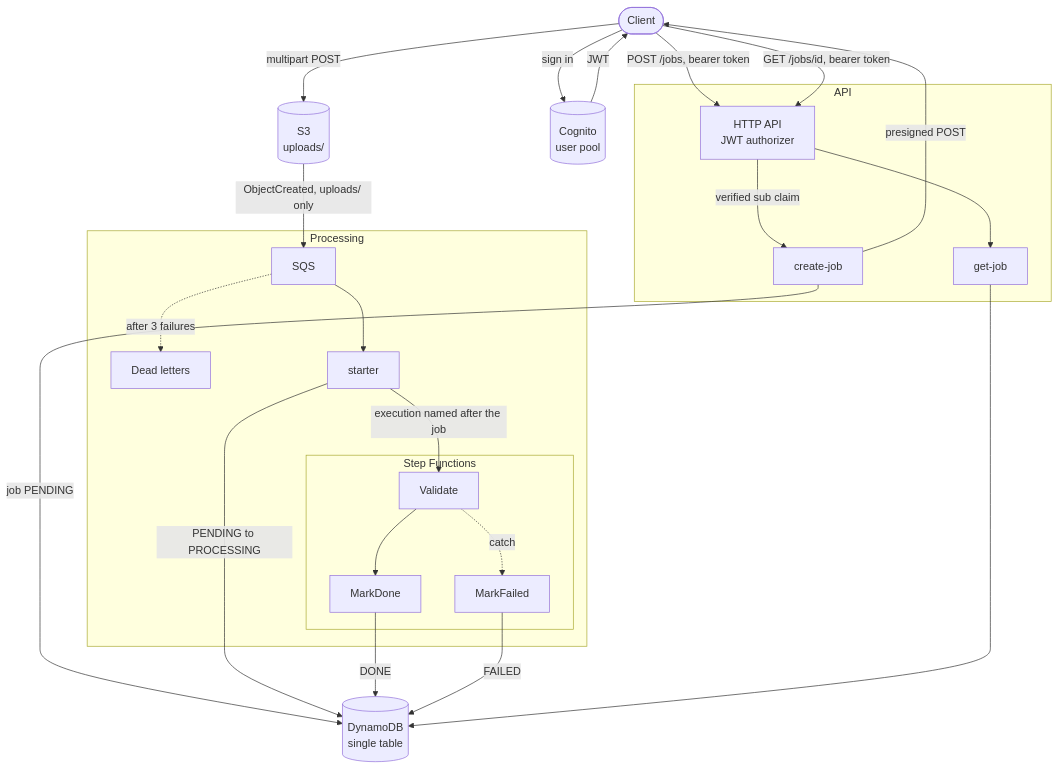
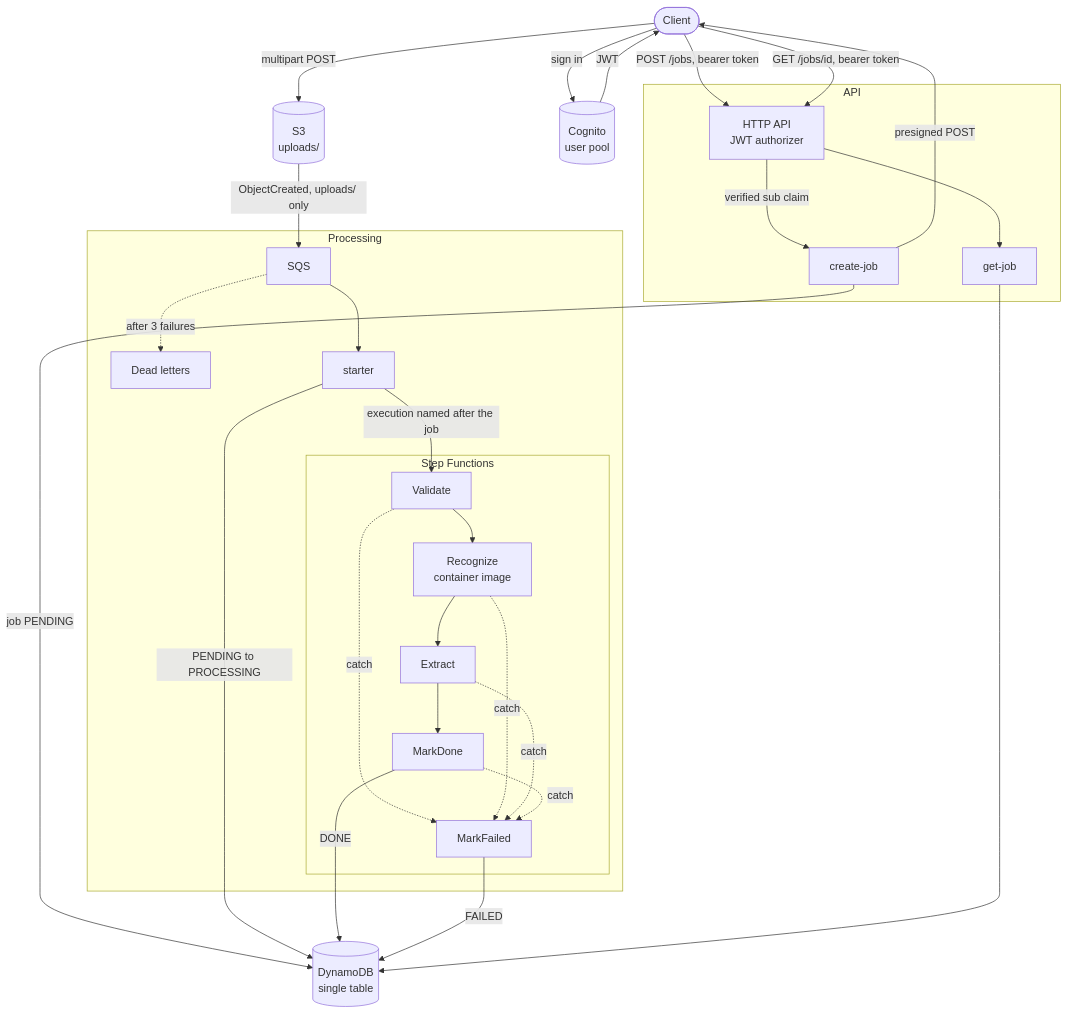
Before and after one commit to Vyzz1/doc-flow: the first of 2 diagrams in docs/architecture.md, drawn with Mermaid. The commit also changed other lines of this file and 9 other files, not shown here.

````diff
--- a/docs/architecture.md
+++ b/docs/architecture.md
@@ -29,47 +29,54 @@
 ```mermaid
 flowchart TD
     client(["Client"])
 
     subgraph api["API"]
         gateway["HTTP API<br/>JWT authorizer"]
         createJob["create-job"]
         getJob["get-job"]
     end
 
     cognito[("Cognito<br/>user pool")]
 
     subgraph processing["Processing"]
         queue["SQS"]
         dlq["Dead letters"]
         starter["starter"]
 
         subgraph workflow["Step Functions"]
             validate["Validate"]
+            recognize["Recognize<br/>container image"]
+            extractStep["Extract"]
             markDone["MarkDone"]
             markFailed["MarkFailed"]
         end
     end
 
     table[("DynamoDB<br/>single table")]
     bucket[("S3<br/>uploads/")]
 
     client -->|"sign in"| cognito
     cognito -->|"JWT"| client
     client -->|"POST /jobs, bearer token"| gateway
     gateway -->|"verified sub claim"| createJob
     createJob -->|"job PENDING"| table
     createJob -->|"presigned POST"| client
     client -->|"multipart POST"| bucket
     bucket -->|"ObjectCreated, uploads/ only"| queue
     queue --> starter
     queue -.->|"after 3 failures"| dlq
     starter -->|"PENDING to PROCESSING"| table
     starter -->|"execution named after the job"| validate
-    validate --> markDone
+    validate --> recognize
+    recognize --> extractStep
+    extractStep --> markDone
     validate -.->|"catch"| markFailed
+    recognize -.->|"catch"| markFailed
+    extractStep -.->|"catch"| markFailed
+    markDone -.->|"catch"| markFailed
     markDone -->|"DONE"| table
     markFailed -->|"FAILED"| table
     client -->|"GET /jobs/id, bearer token"| gateway
     gateway --> getJob
     getJob --> table
 ```
````
